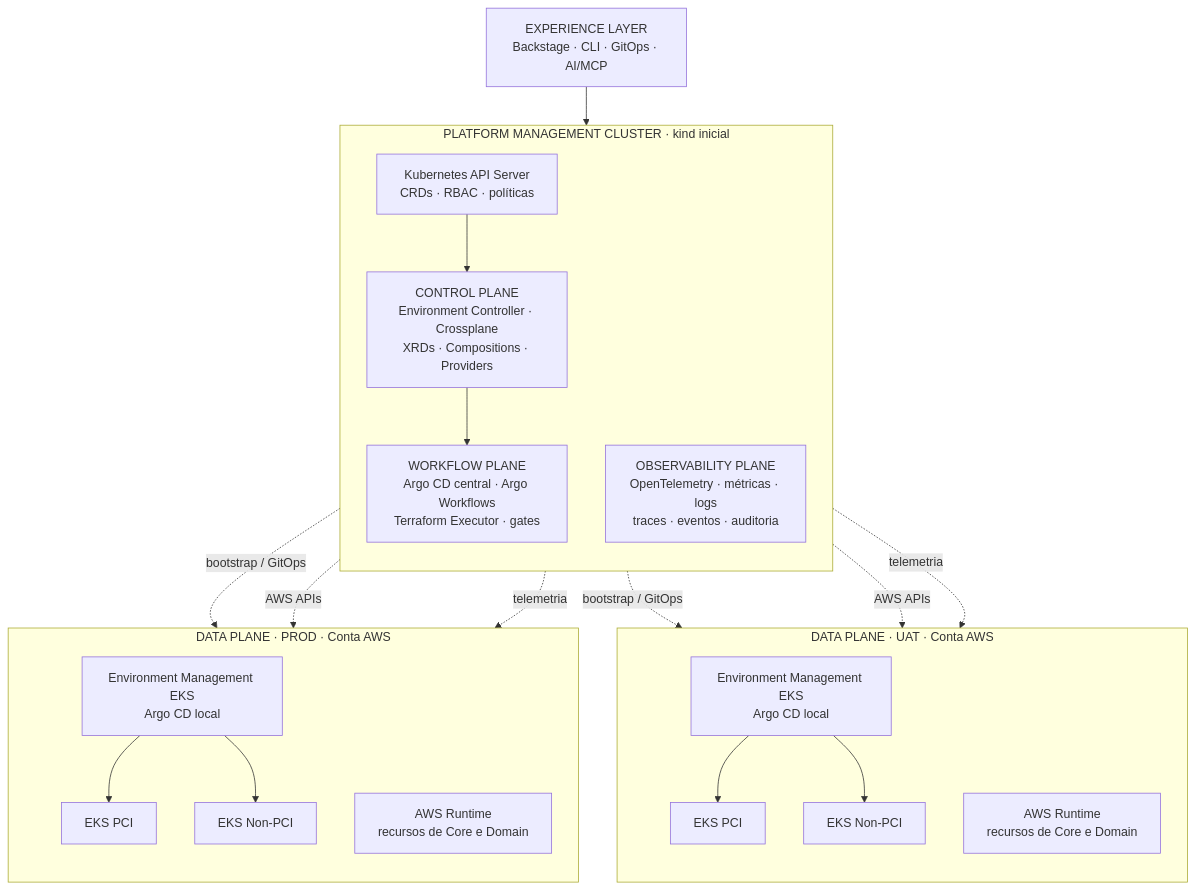
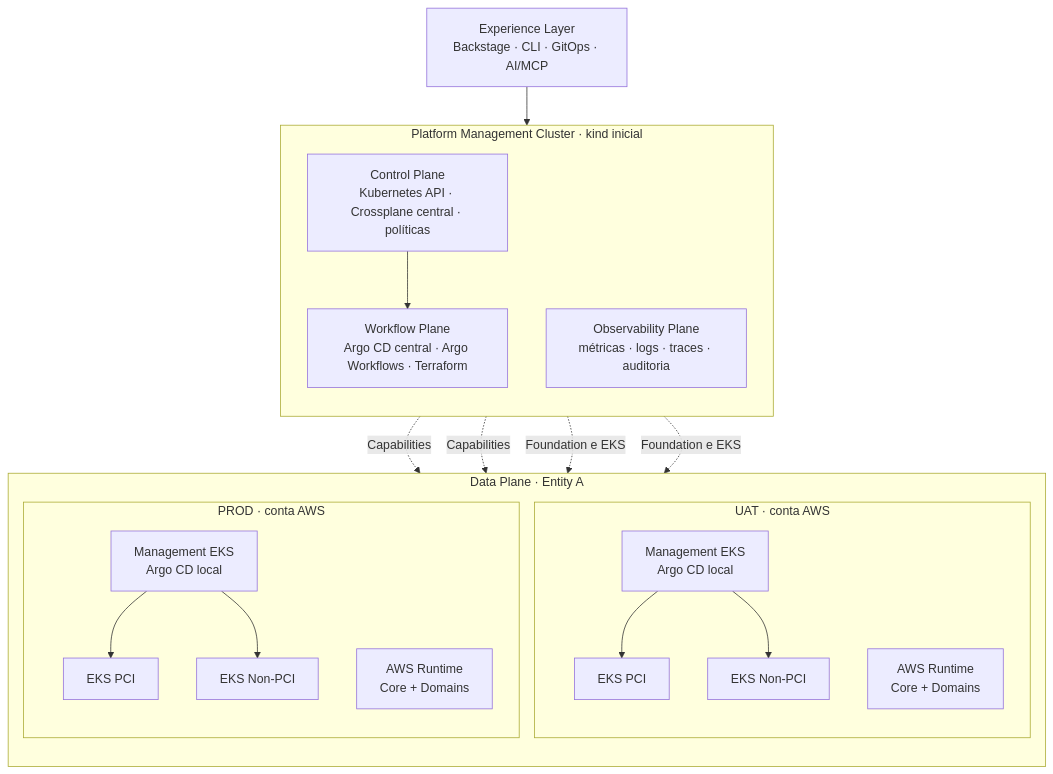
Before and after one commit to DavidFerreira21/platform-engineering-poc: the first of 2 diagrams in docs/architecture.md, drawn with Mermaid. The commit also changed other lines of this file and 19 other files, not shown here.

Commit message:
docs: consolidar modelo Entity Environment Domain Capability

````diff
--- a/docs/architecture.md
+++ b/docs/architecture.md
@@ -25,42 +21,35 @@
 ```mermaid
 flowchart TB
-    EXP["EXPERIENCE LAYER<br/>Backstage · CLI · GitOps · AI/MCP"]
-
-    subgraph HUB["PLATFORM MANAGEMENT CLUSTER · kind inicial"]
-      direction TB
-      API["Kubernetes API Server<br/>CRDs · RBAC · políticas"]
-      CTRL["CONTROL PLANE<br/>Environment Controller · Crossplane<br/>XRDs · Compositions · Providers"]
-      WF["WORKFLOW PLANE<br/>Argo CD central · Argo Workflows<br/>Terraform Executor · gates"]
-      OBS["OBSERVABILITY PLANE<br/>OpenTelemetry · métricas · logs<br/>traces · eventos · auditoria"]
-      API --> CTRL
-      CTRL --> WF
+  E["Experience Layer<br/>Backstage · CLI · GitOps · AI/MCP"]
+  subgraph HUB["Platform Management Cluster · kind inicial"]
+    direction TB
+    CP["Control Plane<br/>Kubernetes API · Crossplane central · políticas"]
+    WF["Workflow Plane<br/>Argo CD central · Argo Workflows · Terraform"]
+    OB["Observability Plane<br/>métricas · logs · traces · auditoria"]
+    CP --> WF
+  end
+  subgraph DP["Data Plane · Entity A"]
+    direction TB
+    subgraph U["UAT · conta AWS"]
+      UM["Management EKS<br/>Argo CD local"]
+      UP["EKS PCI"]
+      UN["EKS Non-PCI"]
+      UR["AWS Runtime<br/>Core + Domains"]
+      UM --> UP
+      UM --> UN
     end
-
-    subgraph UAT["DATA PLANE · UAT · Conta AWS"]
-      direction TB
-      UMG["Environment Management EKS<br/>Argo CD local"]
-      UPC["EKS PCI"]
-      UNC["EKS Non-PCI"]
-      UR["AWS Runtime<br/>recursos de Core e Domain"]
-      UMG --> UPC
-      UMG --> UNC
+    subgraph P["PROD · conta AWS"]
+      PM["Management EKS<br/>Argo CD local"]
+      PP["EKS PCI"]
+      PN["EKS Non-PCI"]
+      PR["AWS Runtime<br/>Core + Domains"]
+      PM --> PP
+      PM --> PN
     end
-
-    subgraph PROD["DATA PLANE · PROD · Conta AWS"]
-      direction TB
-      PMG["Environment Management EKS<br/>Argo CD local"]
-      PPC["EKS PCI"]
-      PNC["EKS Non-PCI"]
-      PR["AWS Runtime<br/>recursos de Core e Domain"]
-      PMG --> PPC
-      PMG --> PNC
-    end
-
-    EXP --> API
-    WF -. "bootstrap / GitOps" .-> UMG
-    WF -. "bootstrap / GitOps" .-> PMG
-    CTRL -. "AWS APIs" .-> UR
-    CTRL -. "AWS APIs" .-> PR
-    OBS -. "telemetria" .-> UMG
-    OBS -. "telemetria" .-> PMG
+  end
+  E --> CP
+  CP -. "Capabilities" .-> UR
+  CP -. "Capabilities" .-> PR
+  WF -. "Foundation e EKS" .-> UM
+  WF -. "Foundation e EKS" .-> PM
 ```
````
